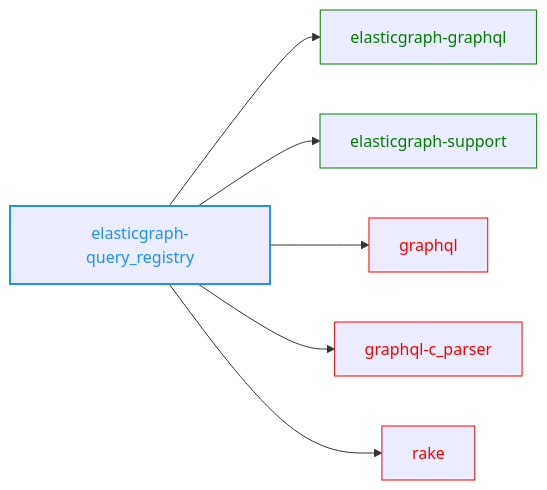
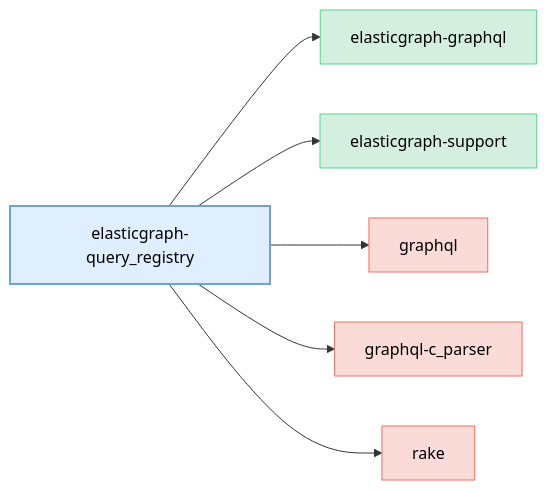
Before and after one commit to block/elasticgraph: the diagram in elasticgraph-query_registry/README.md, drawn with Mermaid. The commit also changed 23 other files, not shown here.

````diff
--- a/elasticgraph-query_registry/README.md
+++ b/elasticgraph-query_registry/README.md
@@ -34,23 +34,26 @@
 ```mermaid
 graph LR;
+    classDef currentGemStyle fill:#E0EFFF,stroke:#70A1D7,color:#000,stroke-width:2px;
+    classDef internalEgGemStyle fill:#D4EFDF,stroke:#58D68D,color:#000;
+    classDef externalGemStyle fill:#FADBD8,stroke:#EC7063,color:#000;
     elasticgraph-query_registry["elasticgraph-query_registry"];
+    class elasticgraph-query_registry currentGemStyle;
     elasticgraph-graphql["elasticgraph-graphql"];
     elasticgraph-query_registry --> elasticgraph-graphql;
+    class elasticgraph-graphql internalEgGemStyle;
     elasticgraph-support["elasticgraph-support"];
     elasticgraph-query_registry --> elasticgraph-support;
+    class elasticgraph-support internalEgGemStyle;
     graphql["graphql"];
     elasticgraph-query_registry --> graphql;
+    class graphql externalGemStyle;
     graphql-c_parser["graphql-c_parser"];
     elasticgraph-query_registry --> graphql-c_parser;
+    class graphql-c_parser externalGemStyle;
     rake["rake"];
     elasticgraph-query_registry --> rake;
-    style elasticgraph-query_registry color:DodgerBlue,stroke-width:2px,stroke:DodgerBlue;
-    style elasticgraph-graphql color:Green,stroke:Green;
-    style elasticgraph-support color:Green,stroke:Green;
-    style graphql color:Red,stroke:Red;
-    style graphql-c_parser color:Red,stroke:Red;
-    style rake color:Red,stroke:Red;
+    class rake externalGemStyle;
     click graphql href "https://rubygems.org/gems/graphql" "Open on RubyGems.org" _blank;
     click graphql-c_parser href "https://rubygems.org/gems/graphql-c_parser" "Open on RubyGems.org" _blank;
     click rake href "https://rubygems.org/gems/rake" "Open on RubyGems.org" _blank;
 ```
````
